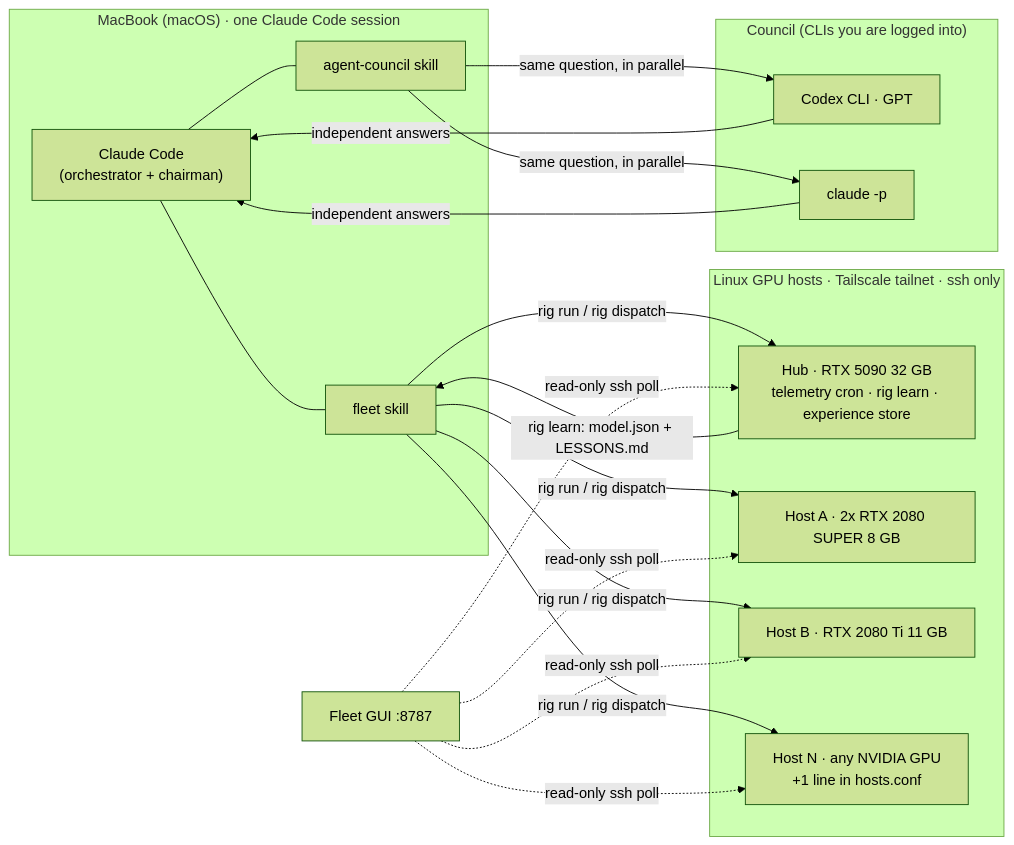
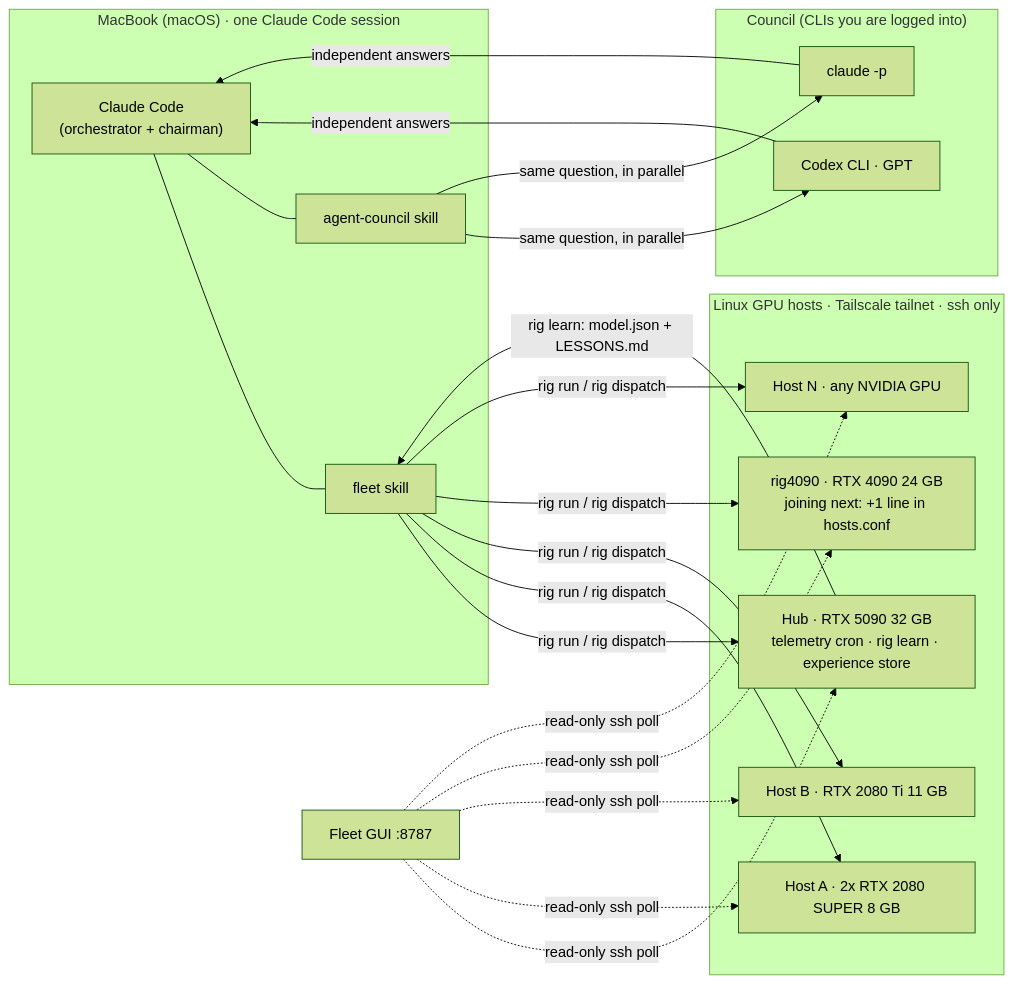
The diagram in README.md (odeij/fleet-council), drawn with Mermaid (forest theme) before and after one commit. The commit also changed other lines of this file and 1 other file, not shown here.

Commit message:
docs: rig4090 as the next host to join

````diff
--- a/README.md
+++ b/README.md
@@ -13,25 +13,26 @@
 ```mermaid
 flowchart LR
     subgraph Brain["MacBook (macOS) · one Claude Code session"]
         CC["Claude Code<br/>(orchestrator + chairman)"]
         FS["fleet skill"]
         AC["agent-council skill"]
         CC --- FS
         CC --- AC
     end
     subgraph Council["Council (CLIs you are logged into)"]
         CX["Codex CLI · GPT"]
         CL["claude -p"]
     end
     subgraph Tailnet["Linux GPU hosts · Tailscale tailnet · ssh only"]
         HUB["Hub · RTX 5090 32 GB<br/>telemetry cron · rig learn · experience store"]
         A["Host A · 2x RTX 2080 SUPER 8 GB"]
         B["Host B · RTX 2080 Ti 11 GB"]
-        N["Host N · any NVIDIA GPU<br/>+1 line in hosts.conf"]
+        C["rig4090 · RTX 4090 24 GB<br/>joining next: +1 line in hosts.conf"]
+        N["Host N · any NVIDIA GPU"]
     end
     AC -->|same question, in parallel| CX & CL
     CX & CL -->|independent answers| CC
-    FS -->|rig run / rig dispatch| HUB & A & B & N
+    FS -->|rig run / rig dispatch| HUB & A & B & C & N
     HUB -->|rig learn: model.json + LESSONS.md| FS
-    GUI["Fleet GUI :8787"] -.->|read-only ssh poll| HUB & A & B & N
+    GUI["Fleet GUI :8787"] -.->|read-only ssh poll| HUB & A & B & C & N
 ```
````
